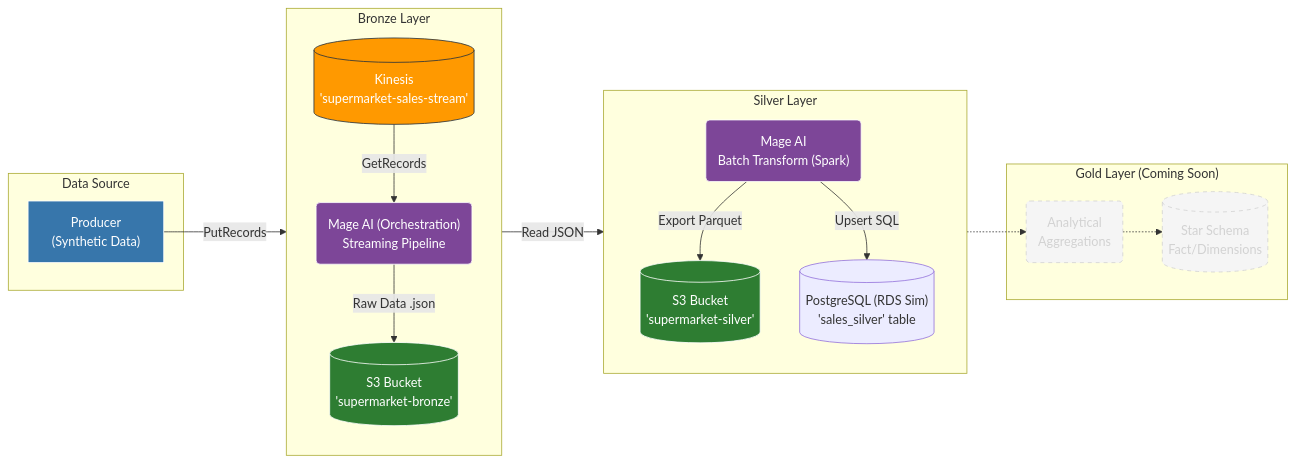
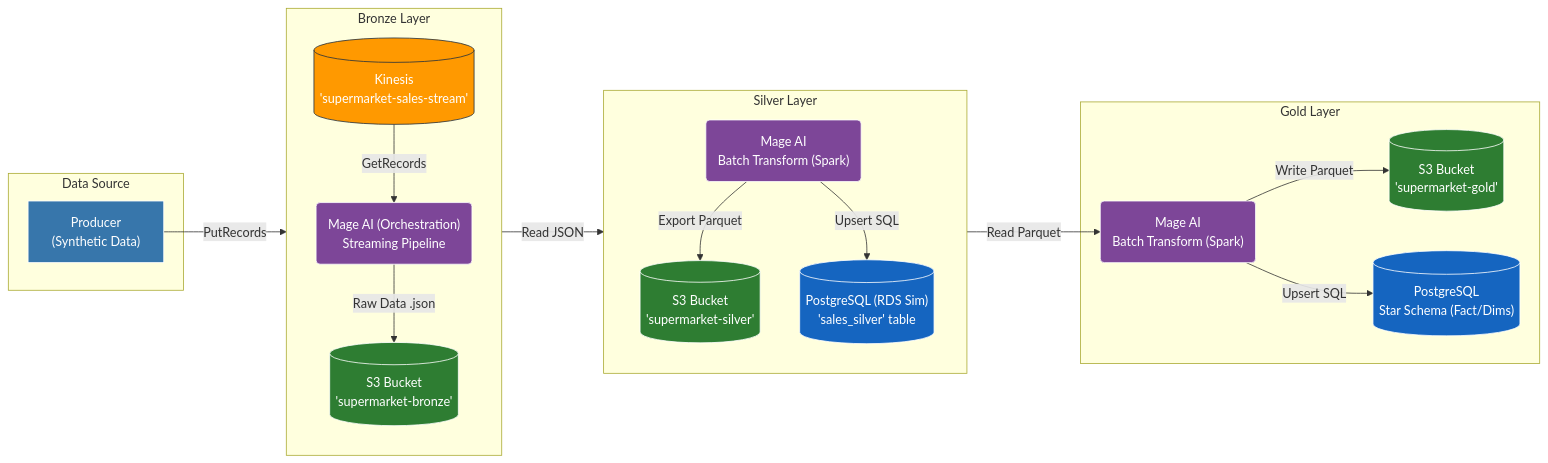
One commit to Gramser-DE/supermarket-aws-lakehouse changed the diagram in README.md. Above: the diagram before and after it, drawn with Mermaid. The commit also changed other lines of this file and 7 other files, not shown here.

First line of the commit message:
feat: implement silver-to-gold pipeline with star schema

````diff
--- a/README.md
+++ b/README.md
@@ -12,43 +12,47 @@
 ```mermaid
 flowchart LR
     classDef aws fill:#FF9900,stroke:#232F3E,color:white;
     classDef python fill:#3776AB,stroke:white,color:white;
     classDef mage fill:#7D4698,stroke:white,color:white;
     classDef storage fill:#2E7D32,stroke:white,color:white;
+    classDef database fill:#1565C0,stroke:white,color:white;
     classDef future fill:#f5f5f5,stroke:#d2d2d2,color:#d2d2d2,stroke-dasharray: 5 5;
 
     subgraph "Data Source"
         Producer["Producer<br/>(Synthetic Data)"]:::python
     end
 
     subgraph "Bronze Layer"
         direction TB
         Kinesis[("Kinesis<br/>'supermarket-sales-stream'")]:::aws
         Mage("Mage AI (Orchestration)<br/>Streaming Pipeline"):::mage
         S3Bronze[("S3 Bucket<br/>'supermarket-bronze'")]:::storage
         
     end
 
     subgraph "Silver Layer"
         direction TB
         Mage2("Mage AI<br/>Batch Transform (Spark)"):::mage
         S3Silver[("S3 Bucket<br/>'supermarket-silver'")]:::storage
         Postgres[("PostgreSQL (RDS Sim)<br/>'sales_silver' table")]:::database
     end
 
-    subgraph "Gold Layer (Coming Soon)"
-        Mage3("Analytical<br/>Aggregations"):::future
-        StarSchema[("Star Schema<br/>Fact/Dimensions")]:::future
+    subgraph "Gold Layer"
+        Mage3("Mage AI<br/>Batch Transform (Spark)"):::mage
+        S3Gold[("S3 Bucket<br/>'supermarket-gold'")]:::storage
+        PostgresGold[("PostgreSQL<br/>Star Schema (Fact/Dims)")]:::database
     end
+
 
     Producer -->|PutRecords| Kinesis
     Kinesis -->|GetRecords| Mage
     Mage -->|Raw Data .json| S3Bronze
 
     S3Bronze -->|Read JSON| Mage2
     Mage2 -->|Export Parquet| S3Silver
     Mage2 -->|Upsert SQL| Postgres
 
-    S3Silver -.-> Mage3
-    Mage3 -.-> StarSchema
+    S3Silver -->|Read Parquet| Mage3
+    Mage3 -->|Write Parquet| S3Gold
+    Mage3 -->|Upsert SQL| PostgresGold
 ```
````
